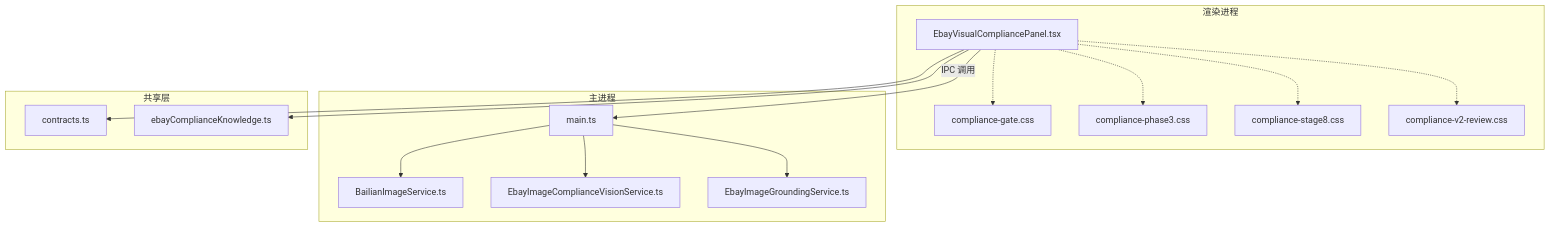
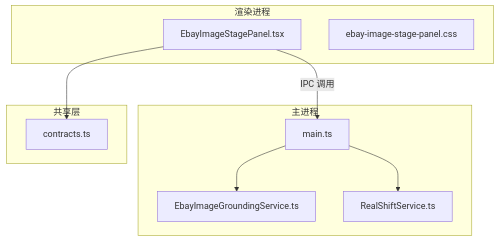
Before and after one commit to iljahofbauer219-lang/yandu: the first of 4 diagrams in .qoder/repowiki/zh/content/用户界面组件/视觉合规面板/视觉合规面板.md, drawn with Mermaid. The commit also changed other lines of this file and 3071 other files, not shown here.

````diff
--- a/.qoder/repowiki/zh/content/用户界面组件/视觉合规面板/视觉合规面板.md
+++ b/.qoder/repowiki/zh/content/用户界面组件/视觉合规面板/视觉合规面板.md
@@ -36,30 +39,19 @@
 ```mermaid
 graph TB
 subgraph "渲染进程"
-Panel["EbayVisualCompliancePanel.tsx"]
-CSSGate["compliance-gate.css"]
-CSSPhase3["compliance-phase3.css"]
-CSSStage8["compliance-stage8.css"]
-CSSReview["compliance-v2-review.css"]
+Panel["EbayImageStagePanel.tsx"]
+CSS["ebay-image-stage-panel.css"]
 end
 subgraph "主进程"
 Main["main.ts"]
-ImgSvc["BailianImageService.ts"]
-VisionSvc["EbayImageComplianceVisionService.ts"]
 GroundingSvc["EbayImageGroundingService.ts"]
+RealShiftSvc["RealShiftService.ts"]
 end
 subgraph "共享层"
 Contracts["contracts.ts"]
-Knowledge["ebayComplianceKnowledge.ts"]
 end
 Panel --> |IPC 调用| Main
-Main --> ImgSvc
-Main --> VisionSvc
 Main --> GroundingSvc
+Main --> RealShiftSvc
 Panel --> Contracts
-Panel --> Knowledge
-Panel -.-> CSSGate
-Panel -.-> CSSPhase3
-Panel -.-> CSSStage8
-Panel -.-> CSSReview
 ```
````
